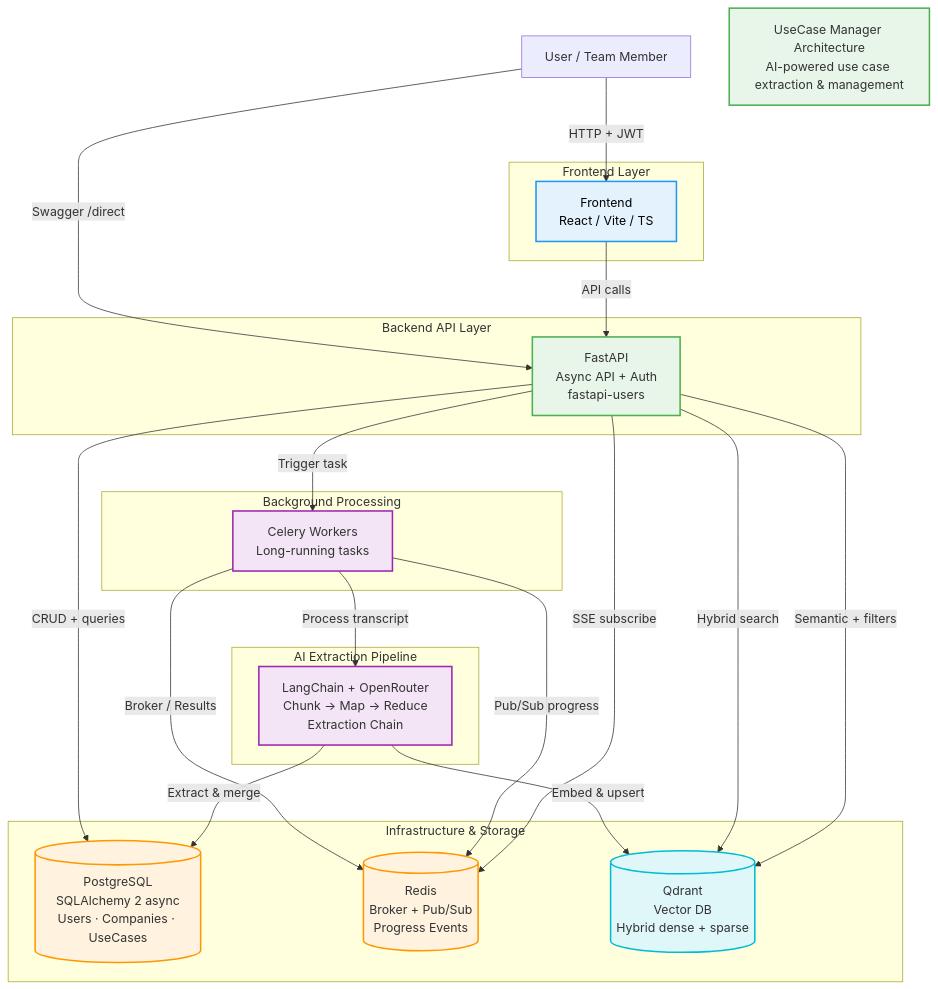
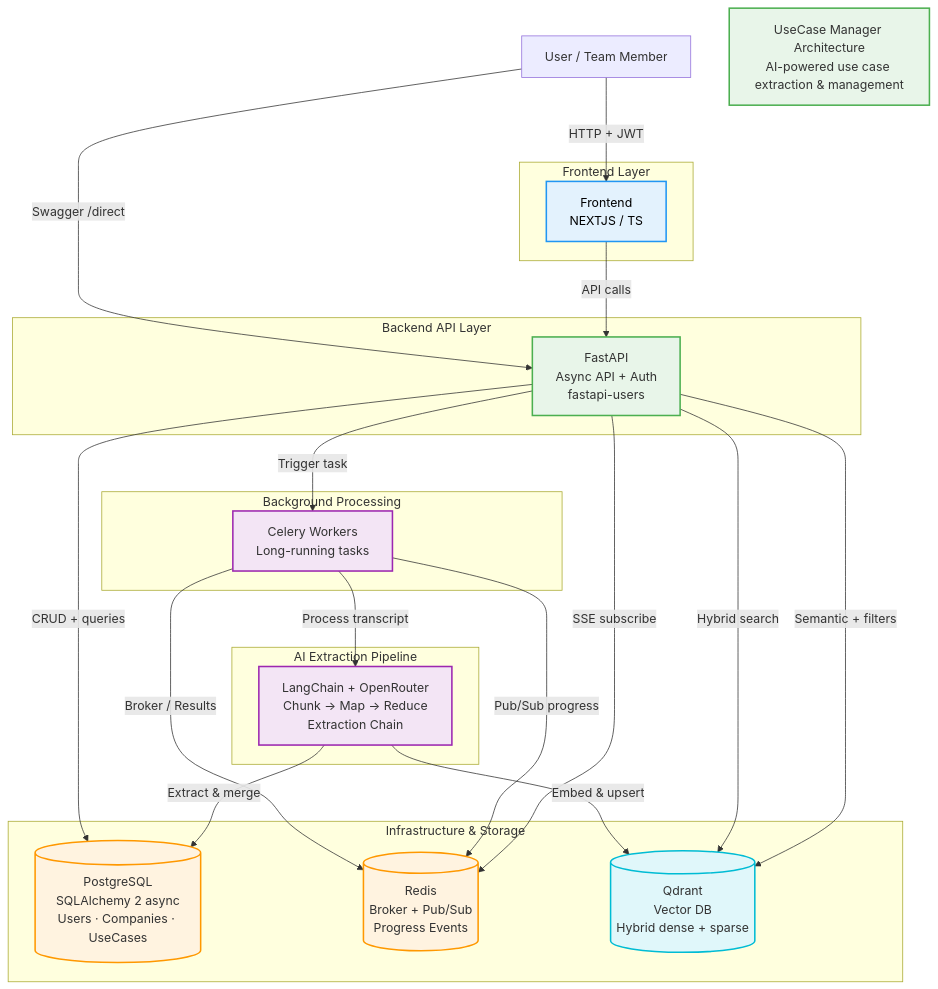
The diagram in README.md (LatVAlY/use-case-manager), drawn with Mermaid before and after one commit. The commit also changed other lines of this file, not shown here.

Commit message:
fix: improve docs

````diff
--- a/README.md
+++ b/README.md
@@ -135,62 +135,62 @@
 ```mermaid
 flowchart TD
     %% Colors & Styles
     classDef frontend fill:#e3f2fd,stroke:#2196f3,stroke-width:2px,color:#000
     classDef api fill:#e8f5e9,stroke:#4caf50,stroke-width:2px
     classDef infra fill:#fff3e0,stroke:#ff9800,stroke-width:2px
     classDef async fill:#f3e5f5,stroke:#9c27b0,stroke-width:2px
     classDef vector fill:#e0f7fa,stroke:#00bcd4,stroke-width:2px
 
     %% Users & Entry Points
     User[User / Team Member] -->|HTTP + JWT| Frontend
     User -->|Swagger /direct| FastAPI
 
     subgraph "Frontend Layer" 
-        Frontend[Frontend<br>React / Vite / TS]:::frontend
+        Frontend[Frontend<br>NEXTJS / TS]:::frontend
     end
 
     %% Core API
     subgraph "Backend API Layer" 
         FastAPI[FastAPI<br>Async API + Auth<br>fastapi-users]:::api
     end
 
     %% Infrastructure / Datastores
     subgraph "Infrastructure & Storage" 
         Postgres[(PostgreSQL<br>SQLAlchemy 2 async<br>Users · Companies · UseCases)]:::infra
         Redis[(Redis<br>Broker + Pub/Sub<br>Progress Events)]:::infra
         Qdrant[(Qdrant<br>Vector DB<br>Hybrid dense + sparse)]:::vector
     end
 
     %% Async Processing
     subgraph "Background Processing" 
         Celery[Celery Workers<br>Long-running tasks]:::async
     end
 
     %% AI Chain
     subgraph "AI Extraction Pipeline" 
         LangChain[LangChain + OpenRouter<br>Chunk → Map → Reduce<br>Extraction Chain]:::async
     end
 
     %% Connections & Flows
     Frontend -->|API calls| FastAPI
     FastAPI -->|CRUD + queries| Postgres
     FastAPI -->|Trigger task| Celery
     Celery -->|Broker / Results| Redis
     Celery -->|Pub/Sub progress| Redis
     FastAPI -->|SSE subscribe| Redis
     Celery -->|Process transcript| LangChain
     LangChain -->|Extract & merge| Postgres
     LangChain -->|Embed & upsert| Qdrant
     FastAPI -->|Hybrid search| Qdrant
     FastAPI -->|Semantic + filters| Qdrant
 
     %% Styling groups
     class Frontend frontend
     class FastAPI api
     class Postgres,Redis infra
     class Qdrant vector
     class Celery,LangChain async
 
     %% Legend / Title
     Title[UseCase Manager Architecture<br>AI-powered use case extraction & management]:::api
 ```
````
